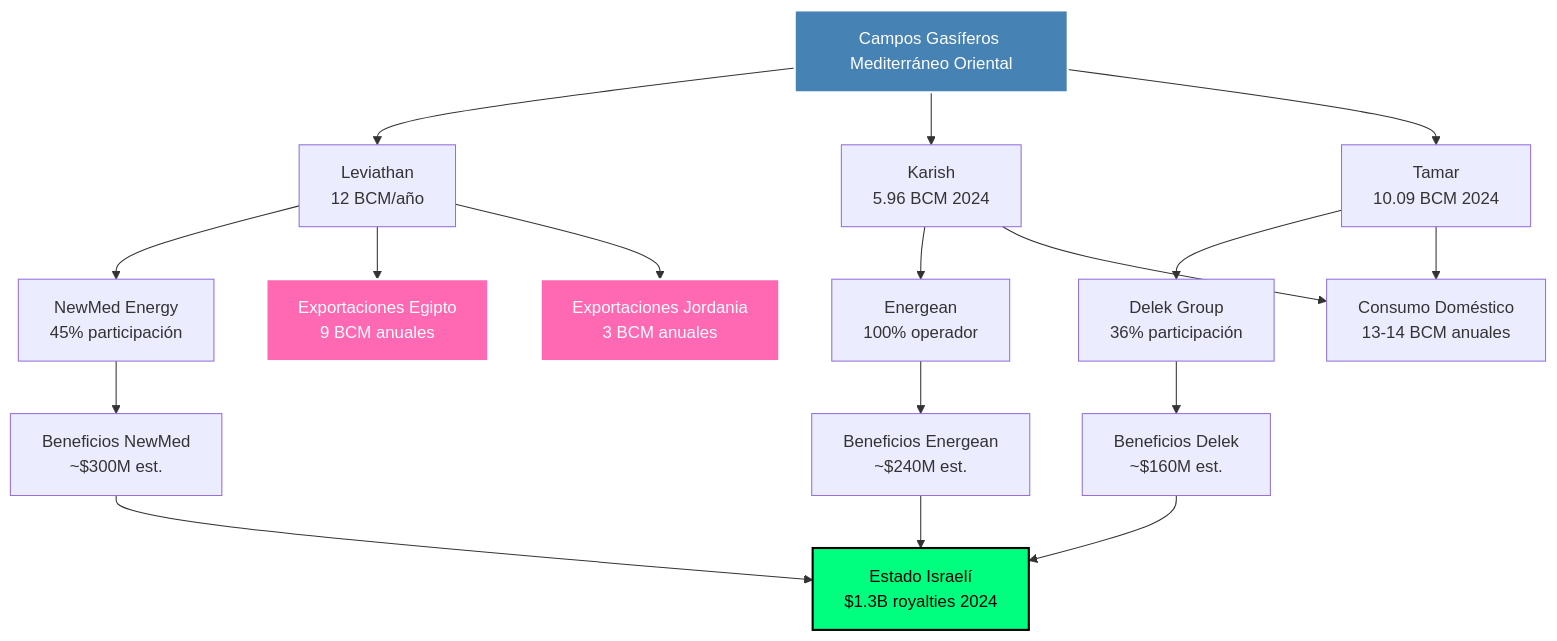
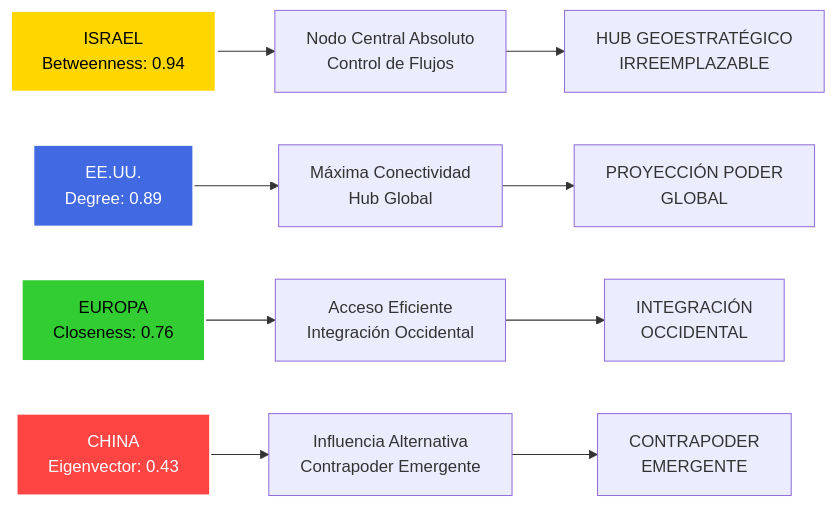
Before and after one commit to perpetuocambio/annotations: the ninth of 18 diagrams in intel/israel_geopolitical_analysis.md, drawn with Mermaid. The commit also changed other lines of this file, not shown here.

````diff
--- a/intel/israel_geopolitical_analysis.md
+++ b/intel/israel_geopolitical_analysis.md
@@ -276,28 +489,17 @@
 ```mermaid
-flowchart TD
-    A[Campos Gasíferos Mediterráneo Oriental] --> B[Leviathan<br/>12 BCM/año]
-    A --> C[Karish<br/>5.96 BCM 2024]
-    A --> D[Tamar<br/>10.09 BCM 2024]
+flowchart LR
+    A[ISRAEL<br/>Betweenness: 0.94] --> B[Nodo Central Absoluto<br/>Control de Flujos]
+    C[EE.UU.<br/>Degree: 0.89] --> D[Máxima Conectividad<br/>Hub Global]
+    E[EUROPA<br/>Closeness: 0.76] --> F[Acceso Eficiente<br/>Integración Occidental]
+    G[CHINA<br/>Eigenvector: 0.43] --> H[Influencia Alternativa<br/>Contrapoder Emergente]
 
-    B --> E[NewMed Energy<br/>45% participación]
-    C --> F[Energean<br/>100% operador]
-    D --> G[Delek Group<br/>36% participación]
+    B --> I[HUB GEOESTRATÉGICO<br/>IRREEMPLAZABLE]
+    D --> J[PROYECCIÓN PODER<br/>GLOBAL]
+    F --> K[INTEGRACIÓN<br/>OCCIDENTAL]
+    H --> L[CONTRAPODER<br/>EMERGENTE]
 
-    E --> H[Beneficios NewMed<br/>~$300M est.]
-    F --> I[Beneficios Energean<br/>~$240M est.]
-    G --> J[Beneficios Delek<br/>~$160M est.]
-
-    H --> K[Estado Israelí<br/>$1.3B royalties 2024]
-    I --> K
-    J --> K
-
-    B --> L[Exportaciones Egipto<br/>9 BCM anuales]
-    B --> M[Exportaciones Jordania<br/>3 BCM anuales]
-    C --> N[Consumo Doméstico<br/>13-14 BCM anuales]
-    D --> N
-
-    style A fill:#4682b4,stroke:#fff,stroke-width:2px,color:#fff
-    style K fill:#00ff7f,stroke:#000,stroke-width:2px,color:#000
-    style L fill:#ff69b4,stroke:#fff,stroke-width:2px,color:#fff
-    style M fill:#ff69b4,stroke:#fff,stroke-width:2px,color:#fff
+    style A fill:#ffd700,stroke:#fff,stroke-width:3px,color:#000
+    style C fill:#4169e1,stroke:#fff,stroke-width:2px,color:#fff
+    style E fill:#32cd32,stroke:#fff,stroke-width:2px,color:#000
+    style G fill:#ff4444,stroke:#fff,stroke-width:2px,color:#fff
 ```
````
